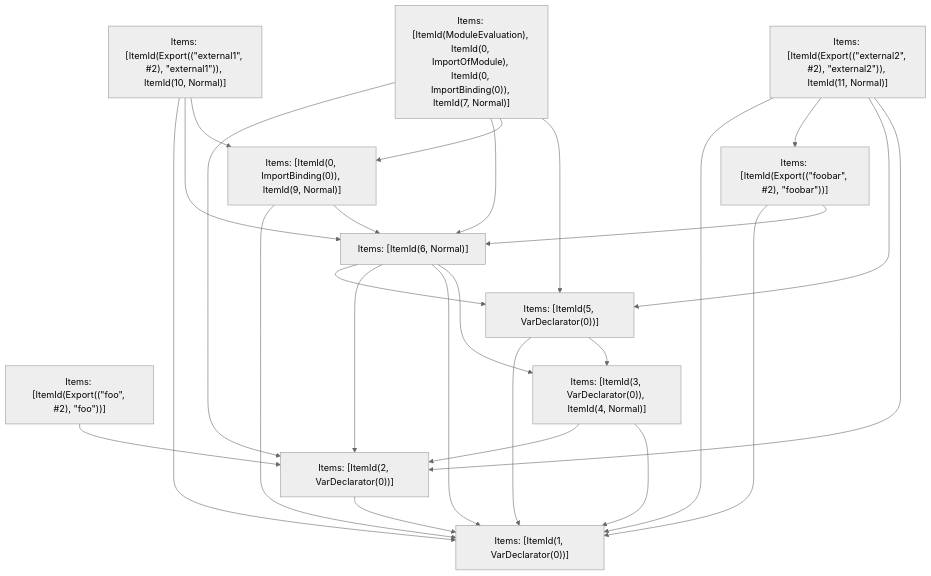
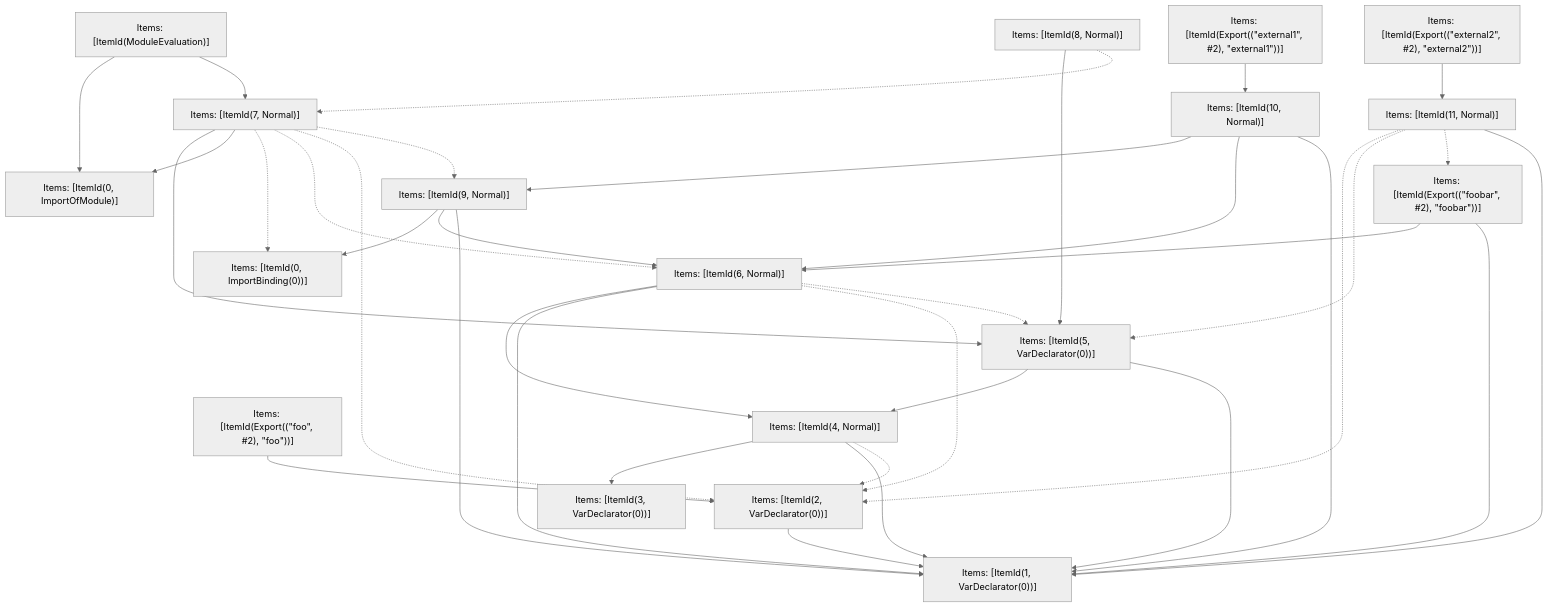
Before and after one commit to vercel/turborepo: the fifth of 5 diagrams in crates/turbopack-ecmascript/tests/tree-shaker/analyzer/1/output.md, drawn with Mermaid (neutral theme). The commit also changed other lines of this file and 72 other files, not shown here.

````diff
--- a/crates/turbopack-ecmascript/tests/tree-shaker/analyzer/1/output.md
+++ b/crates/turbopack-ecmascript/tests/tree-shaker/analyzer/1/output.md
@@ -349,39 +349,56 @@
 ```mermaid
 graph TD
-    N0["Items: [ItemId(ModuleEvaluation), ItemId(0, ImportOfModule), ItemId(0, ImportBinding(0)), ItemId(7, Normal)]"];
-    N1["Items: [ItemId(Export((&quot;foobar&quot;, #2), &quot;foobar&quot;))]"];
-    N2["Items: [ItemId(Export((&quot;foo&quot;, #2), &quot;foo&quot;))]"];
-    N3["Items: [ItemId(Export((&quot;external1&quot;, #2), &quot;external1&quot;)), ItemId(10, Normal)]"];
-    N4["Items: [ItemId(Export((&quot;external2&quot;, #2), &quot;external2&quot;)), ItemId(11, Normal)]"];
-    N5["Items: [ItemId(1, VarDeclarator(0))]"];
-    N6["Items: [ItemId(2, VarDeclarator(0))]"];
-    N7["Items: [ItemId(3, VarDeclarator(0)), ItemId(4, Normal)]"];
-    N8["Items: [ItemId(5, VarDeclarator(0))]"];
-    N9["Items: [ItemId(6, Normal)]"];
-    N10["Items: [ItemId(0, ImportBinding(0)), ItemId(9, Normal)]"];
-    N0 --> N8;
-    N0 --> N10;
-    N0 --> N9;
-    N0 --> N6;
-    N1 --> N9;
-    N1 --> N5;
-    N2 --> N6;
-    N3 --> N10;
-    N3 --> N9;
-    N3 --> N5;
-    N4 --> N6;
-    N4 --> N8;
-    N4 --> N1;
-    N4 --> N5;
-    N6 --> N5;
-    N7 --> N5;
+    N0["Items: [ItemId(0, ImportBinding(0))]"];
+    N1["Items: [ItemId(0, ImportOfModule)]"];
+    N2["Items: [ItemId(3, VarDeclarator(0))]"];
+    N3["Items: [ItemId(1, VarDeclarator(0))]"];
+    N4["Items: [ItemId(2, VarDeclarator(0))]"];
+    N5["Items: [ItemId(Export((&quot;foo&quot;, #2), &quot;foo&quot;))]"];
+    N6["Items: [ItemId(4, Normal)]"];
+    N7["Items: [ItemId(5, VarDeclarator(0))]"];
+    N8["Items: [ItemId(6, Normal)]"];
+    N9["Items: [ItemId(9, Normal)]"];
+    N10["Items: [ItemId(10, Normal)]"];
+    N11["Items: [ItemId(Export((&quot;external1&quot;, #2), &quot;external1&quot;))]"];
+    N12["Items: [ItemId(Export((&quot;foobar&quot;, #2), &quot;foobar&quot;))]"];
+    N13["Items: [ItemId(11, Normal)]"];
+    N14["Items: [ItemId(Export((&quot;external2&quot;, #2), &quot;external2&quot;))]"];
+    N15["Items: [ItemId(7, Normal)]"];
+    N16["Items: [ItemId(ModuleEvaluation)]"];
+    N17["Items: [ItemId(8, Normal)]"];
+    N4 --> N3;
+    N6 --> N2;
+    N6 --> N3;
+    N6 -.-> N4;
     N7 --> N6;
-    N8 --> N7;
-    N8 --> N5;
-    N9 --> N7;
-    N9 --> N5;
-    N9 --> N6;
+    N7 --> N3;
+    N8 --> N6;
+    N8 --> N3;
+    N8 -.-> N4;
+    N8 -.-> N7;
+    N15 --> N7;
+    N15 --> N1;
+    N15 -.-> N0;
+    N15 -.-> N8;
+    N15 -.-> N4;
+    N15 -.-> N9;
+    N17 --> N7;
+    N17 -.-> N15;
+    N12 --> N8;
+    N12 --> N3;
+    N5 --> N4;
+    N11 --> N10;
+    N14 --> N13;
+    N9 --> N0;
     N9 --> N8;
+    N9 --> N3;
     N10 --> N9;
-    N10 --> N5;
+    N10 --> N8;
+    N10 --> N3;
+    N13 -.-> N4;
+    N13 -.-> N7;
+    N13 -.-> N12;
+    N13 --> N3;
+    N16 --> N1;
+    N16 --> N15;
 ```
````
